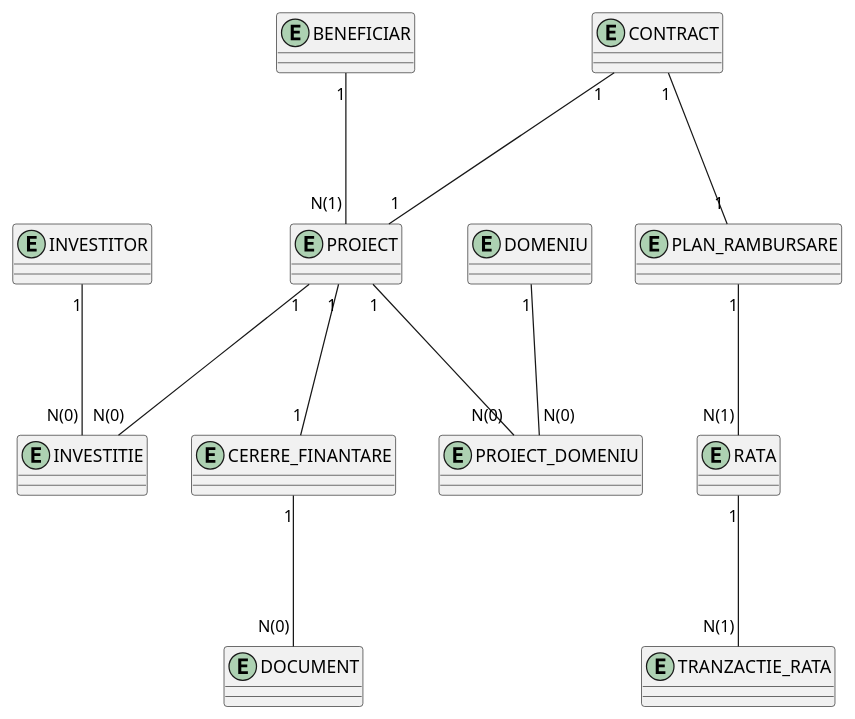
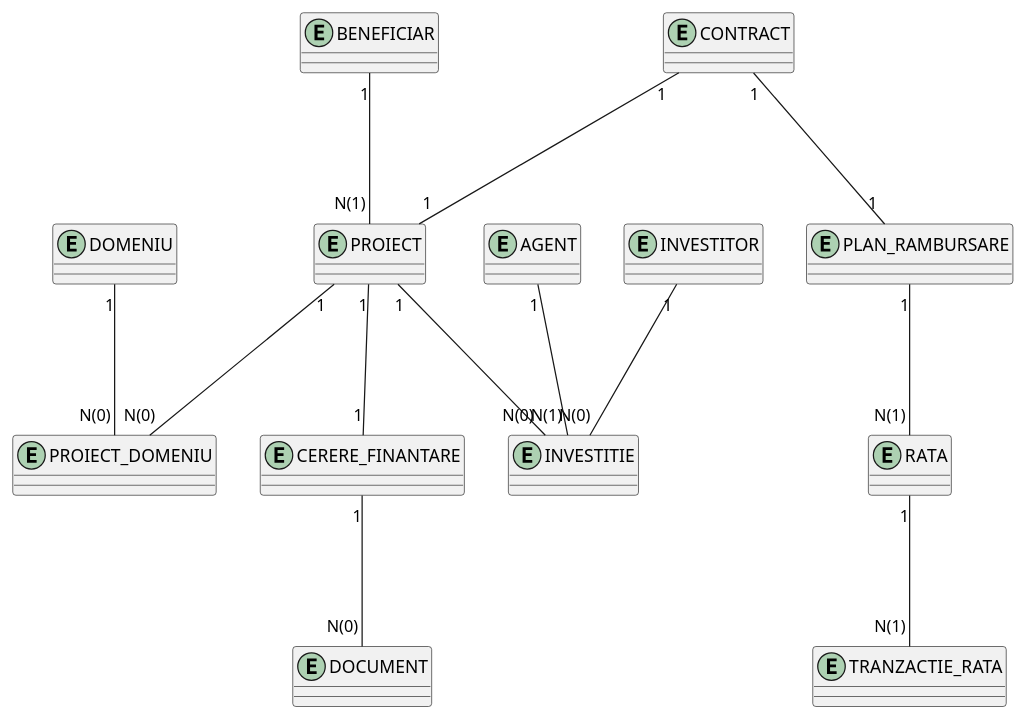
The diagram in erd.puml (Andreea2505/Platfforma-Microfinantare), drawn with PlantUML before and after one commit.

```diff
--- a/erd.puml
+++ b/erd.puml
@@ -1,31 +1,33 @@
 @startuml microfinantare
 entity BENEFICIAR
 entity INVESTITOR
 entity PROIECT
 entity CERERE_FINANTARE
 entity CONTRACT
 entity INVESTITIE
 entity PLAN_RAMBURSARE
 entity RATA
 entity DOMENIU
 entity PROIECT_DOMENIU
 entity TRANZACTIE_RATA
 entity DOCUMENT 
+entity AGENT
 
 BENEFICIAR "1" --- "N(1)" PROIECT
 PROIECT "1" --- "1" CERERE_FINANTARE
 
 INVESTITOR "1" --- "N(0)" INVESTITIE
 PROIECT "1" --- "N(0)" INVESTITIE
 
 CONTRACT "1" --- "1" PLAN_RAMBURSARE
 CONTRACT "1" --- "1" PROIECT
 PLAN_RAMBURSARE "1" --- "N(1)" RATA
 
 PROIECT "1" --- "N(0)" PROIECT_DOMENIU
 DOMENIU "1" --- "N(0)" PROIECT_DOMENIU
 
 RATA "1" --- "N(1)" TRANZACTIE_RATA
 CERERE_FINANTARE "1" --- "N(0)" DOCUMENT
+AGENT  "1" --- "N(1)" INVESTITIE
 
 @enduml
```
